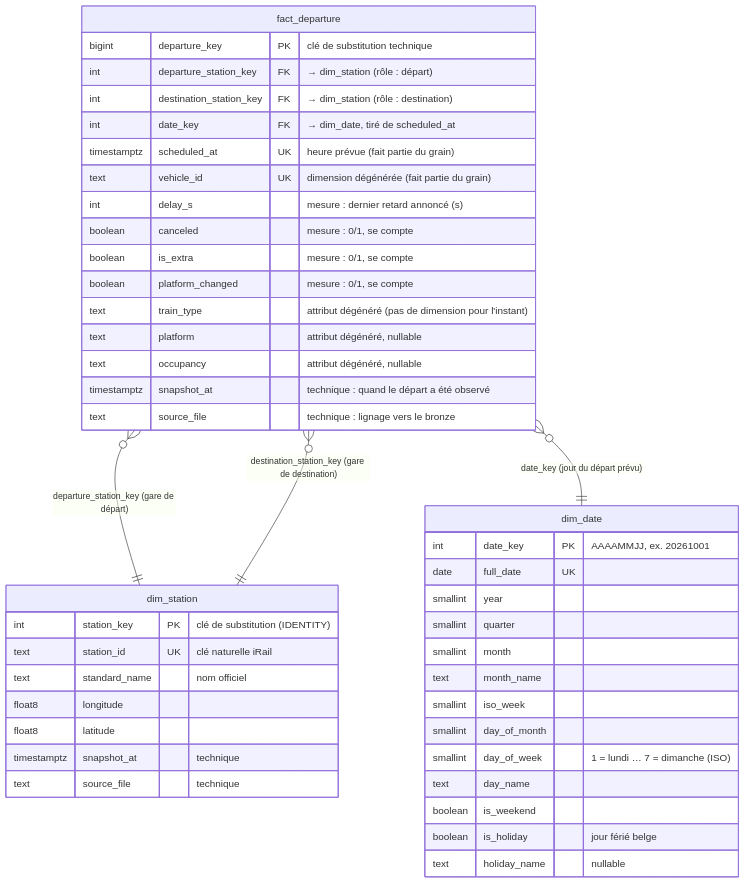
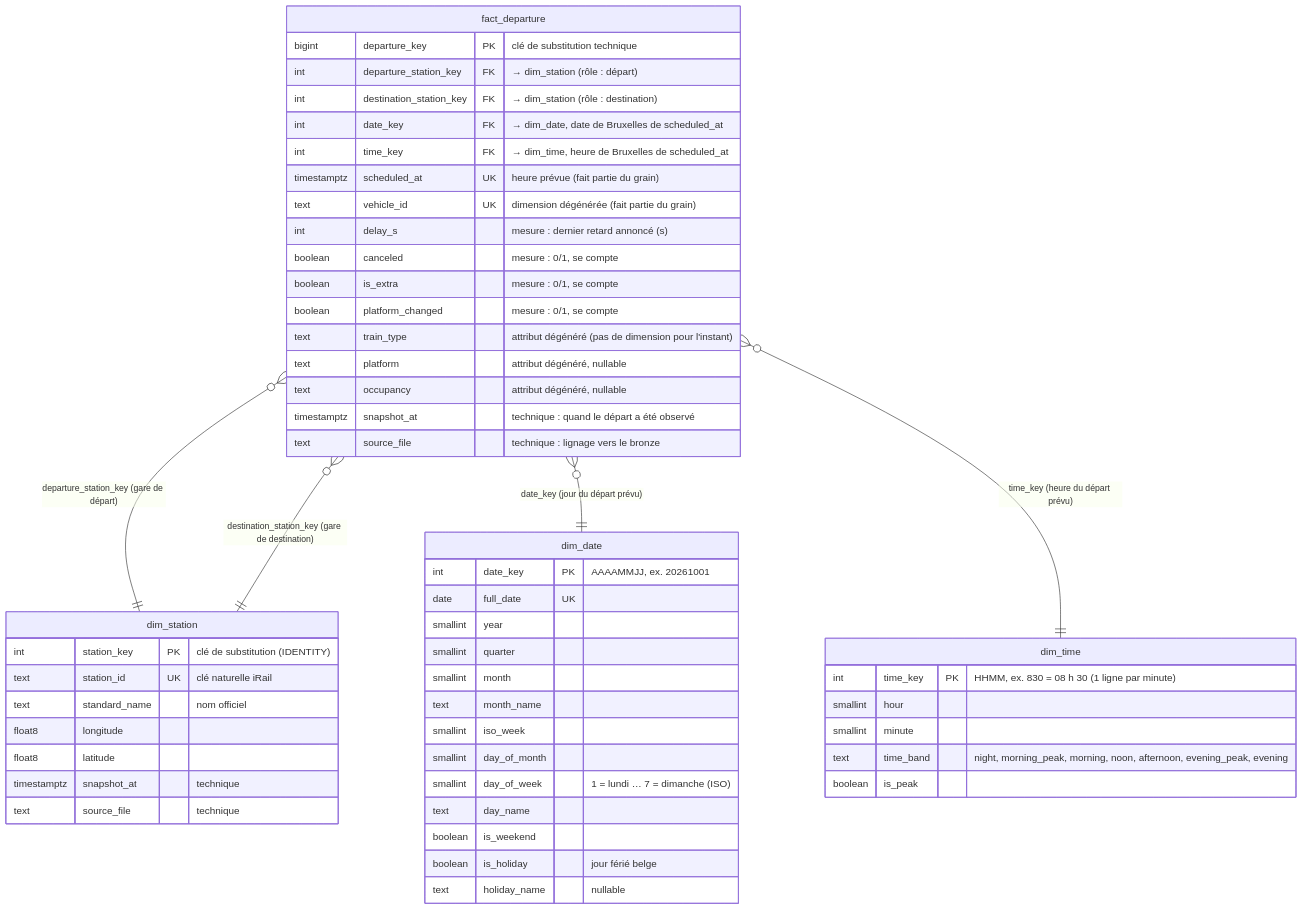
Before and after one commit to sanneau/irail-ingestion: the diagram in docs/star-schema.md, drawn with Mermaid. The commit also changed other lines of this file and 10 other files, not shown here.

First line of the commit message:
feat: load fact_departure into the warehouse with dim_date and dim_time (#10)

````diff
--- a/docs/star-schema.md
+++ b/docs/star-schema.md
@@ -12,50 +12,60 @@
 ```mermaid
 erDiagram
     fact_departure }o--|| dim_station : "departure_station_key (gare de départ)"
     fact_departure }o--|| dim_station : "destination_station_key (gare de destination)"
     fact_departure }o--|| dim_date : "date_key (jour du départ prévu)"
+    fact_departure }o--|| dim_time : "time_key (heure du départ prévu)"
 
     fact_departure {
         bigint departure_key PK "clé de substitution technique"
         int departure_station_key FK "→ dim_station (rôle : départ)"
         int destination_station_key FK "→ dim_station (rôle : destination)"
-        int date_key FK "→ dim_date, tiré de scheduled_at"
+        int date_key FK "→ dim_date, date de Bruxelles de scheduled_at"
+        int time_key FK "→ dim_time, heure de Bruxelles de scheduled_at"
         timestamptz scheduled_at UK "heure prévue (fait partie du grain)"
         text vehicle_id UK "dimension dégénérée (fait partie du grain)"
         int delay_s "mesure : dernier retard annoncé (s)"
         boolean canceled "mesure : 0/1, se compte"
         boolean is_extra "mesure : 0/1, se compte"
         boolean platform_changed "mesure : 0/1, se compte"
         text train_type "attribut dégénéré (pas de dimension pour l'instant)"
         text platform "attribut dégénéré, nullable"
         text occupancy "attribut dégénéré, nullable"
         timestamptz snapshot_at "technique : quand le départ a été observé"
         text source_file "technique : lignage vers le bronze"
     }
 
     dim_station {
         int station_key PK "clé de substitution (IDENTITY)"
         text station_id UK "clé naturelle iRail"
         text standard_name "nom officiel"
         float8 longitude
         float8 latitude
         timestamptz snapshot_at "technique"
         text source_file "technique"
     }
 
     dim_date {
         int date_key PK "AAAAMMJJ, ex. 20261001"
         date full_date UK
         smallint year
         smallint quarter
         smallint month
         text month_name
         smallint iso_week
         smallint day_of_month
         smallint day_of_week "1 = lundi … 7 = dimanche (ISO)"
         text day_name
         boolean is_weekend
         boolean is_holiday "jour férié belge"
         text holiday_name "nullable"
     }
+
+    dim_time {
+        int time_key PK "HHMM, ex. 830 = 08 h 30 (1 ligne par minute)"
+        smallint hour
+        smallint minute
+        text time_band "night, morning_peak, morning, noon, afternoon, evening_peak, evening"
+        boolean is_peak
+    }
 ```
````
